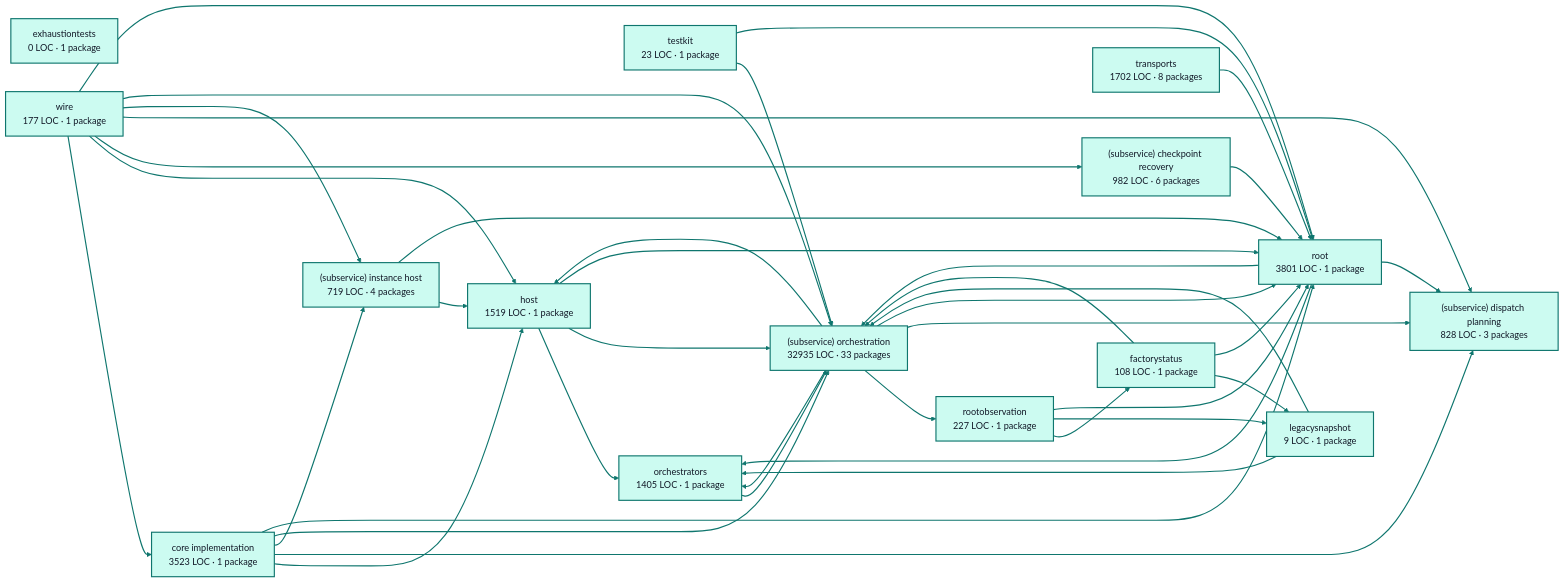
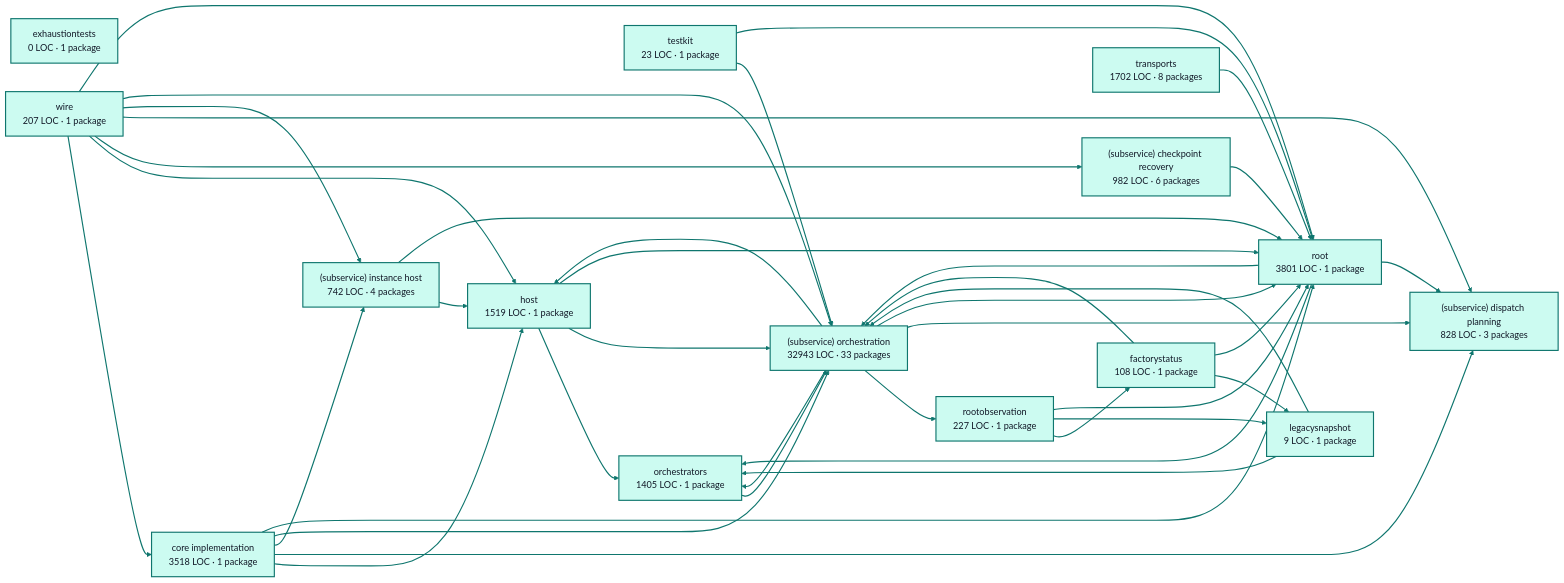
One commit to portpowered/you-agent-factory changed the diagram in docs/architecture/visualizations/services/factory_runtime.md. Above: the diagram before and after it, drawn with Mermaid. The commit also changed other lines of this file and 20 other files, not shown here.

Commit message:
docs: refresh backend architecture visualizations

````diff
--- a/docs/architecture/visualizations/services/factory_runtime.md
+++ b/docs/architecture/visualizations/services/factory_runtime.md
@@ -11,72 +11,72 @@
 ```mermaid
 flowchart LR
-  p0["core implementation<br/>3523 LOC · 1 package"]
+  p0["core implementation<br/>3518 LOC · 1 package"]
   p1["exhaustiontests<br/>0 LOC · 1 package"]
   p2["factorystatus<br/>108 LOC · 1 package"]
   p3["host<br/>1519 LOC · 1 package"]
   p4["legacysnapshot<br/>9 LOC · 1 package"]
   p5["orchestrators<br/>1405 LOC · 1 package"]
   p6["rootobservation<br/>227 LOC · 1 package"]
   p7["(subservice) checkpoint recovery<br/>982 LOC · 6 packages"]
   p8["(subservice) dispatch planning<br/>828 LOC · 3 packages"]
-  p9["(subservice) instance host<br/>719 LOC · 4 packages"]
-  p10["(subservice) orchestration<br/>32935 LOC · 33 packages"]
+  p9["(subservice) instance host<br/>742 LOC · 4 packages"]
+  p10["(subservice) orchestration<br/>32943 LOC · 33 packages"]
   p11["testkit<br/>23 LOC · 1 package"]
   p12["root<br/>3801 LOC · 1 package"]
   p13["transports<br/>1702 LOC · 8 packages"]
-  p14["wire<br/>177 LOC · 1 package"]
+  p14["wire<br/>207 LOC · 1 package"]
   p0 --> p3
   p0 --> p8
   p0 --> p9
   p0 --> p10
   p0 --> p12
   p2 --> p4
   p2 --> p10
   p2 --> p12
   p3 --> p5
   p3 --> p10
   p3 --> p12
   p4 --> p5
   p4 --> p10
   p5 --> p10
   p6 --> p2
   p6 --> p4
   p6 --> p12
   p7 --> p12
   p9 --> p3
   p9 --> p12
   p10 --> p3
   p10 --> p5
   p10 --> p6
   p10 --> p8
   p10 --> p12
   p11 --> p10
   p11 --> p12
   p12 --> p5
   p12 --> p8
   p12 --> p10
   p13 --> p12
   p14 --> p0
   p14 --> p3
   p14 --> p7
   p14 --> p8
   p14 --> p9
   p14 --> p10
   p14 --> p12
   style p0 fill:#ccfbf1,stroke:#0f766e,stroke-width:2px,color:#111827
   style p1 fill:#ccfbf1,stroke:#0f766e,stroke-width:2px,color:#111827
   style p2 fill:#ccfbf1,stroke:#0f766e,stroke-width:2px,color:#111827
   style p3 fill:#ccfbf1,stroke:#0f766e,stroke-width:2px,color:#111827
   style p4 fill:#ccfbf1,stroke:#0f766e,stroke-width:2px,color:#111827
   style p5 fill:#ccfbf1,stroke:#0f766e,stroke-width:2px,color:#111827
   style p6 fill:#ccfbf1,stroke:#0f766e,stroke-width:2px,color:#111827
   style p7 fill:#ccfbf1,stroke:#0f766e,stroke-width:2px,color:#111827
   style p8 fill:#ccfbf1,stroke:#0f766e,stroke-width:2px,color:#111827
   style p9 fill:#ccfbf1,stroke:#0f766e,stroke-width:2px,color:#111827
   style p10 fill:#ccfbf1,stroke:#0f766e,stroke-width:2px,color:#111827
   style p11 fill:#ccfbf1,stroke:#0f766e,stroke-width:2px,color:#111827
   style p12 fill:#ccfbf1,stroke:#0f766e,stroke-width:2px,color:#111827
   style p13 fill:#ccfbf1,stroke:#0f766e,stroke-width:2px,color:#111827
   style p14 fill:#ccfbf1,stroke:#0f766e,stroke-width:2px,color:#111827
   linkStyle default stroke:#0f766e,stroke-width:2px
 ```
````
